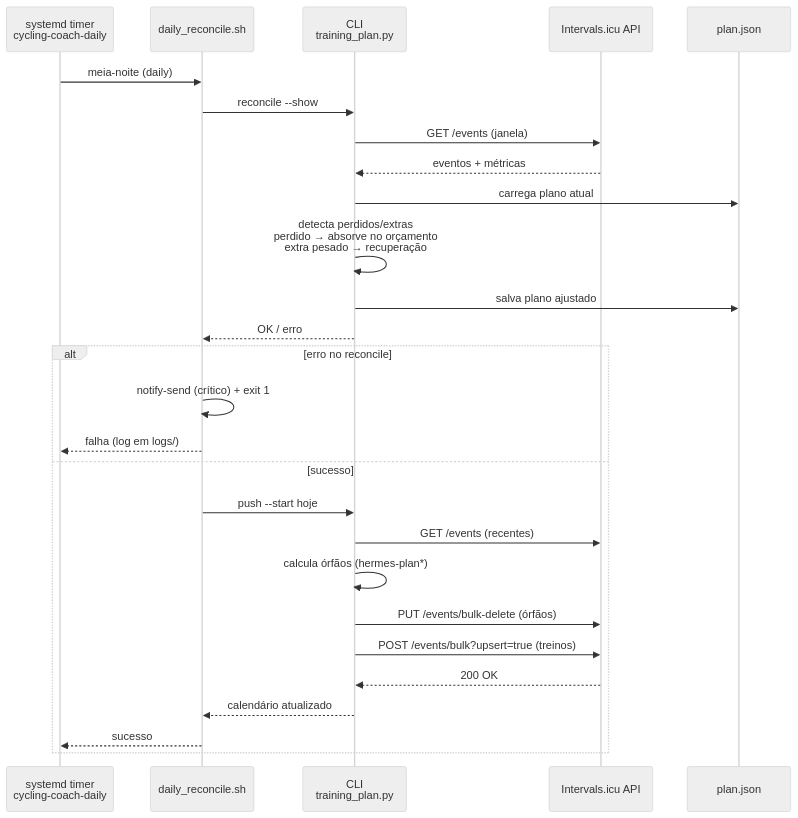
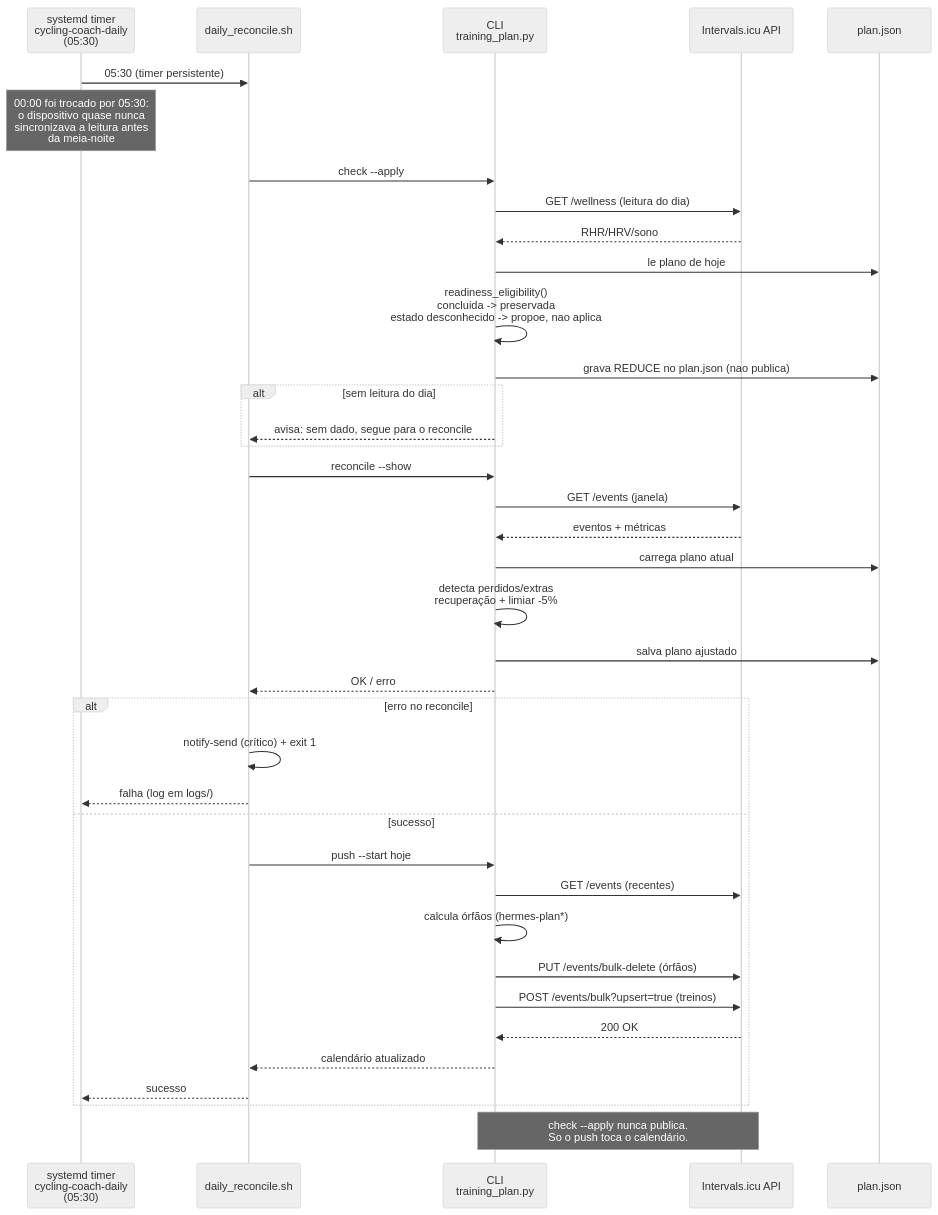
The second of 6 diagrams in docs/DIAGRAMAS.md (valdelin/Hermes-coach), drawn with Mermaid (neutral theme) before and after one commit. The commit also changed other lines of this file and 14 other files, not shown here.

````diff
--- a/docs/DIAGRAMAS.md
+++ b/docs/DIAGRAMAS.md
@@ -96,30 +103,41 @@
 ```mermaid
 sequenceDiagram
-    participant T as systemd timer<br/>cycling-coach-daily
+    participant T as systemd timer<br/>cycling-coach-daily<br/>(05:30)
     participant S as daily_reconcile.sh
     participant C as CLI<br/>training_plan.py
     participant I as Intervals.icu API
     participant P as plan.json
 
-    T->>S: meia-noite (daily)
+    T->>S: 05:30 (timer persistente)
+    Note over T: 00:00 foi trocado por 05:30:<br/>o dispositivo quase nunca<br/>sincronizava a leitura antes<br/>da meia-noite
+    S->>C: check --apply
+    C->>I: GET /wellness (leitura do dia)
+    I-->>C: RHR/HRV/sono
+    C->>P: le plano de hoje
+    C->>C: readiness_eligibility()<br/>concluida -> preservada<br/>estado desconhecido -> propoe, nao aplica
+    C->>P: grava REDUCE no plan.json (nao publica)
+    alt sem leitura do dia
+        C-->>S: avisa: sem dado, segue para o reconcile
+    end
     S->>C: reconcile --show
     C->>I: GET /events (janela)
     I-->>C: eventos + métricas
     C->>P: carrega plano atual
-    C->>C: detecta perdidos/extras<br/>perdido → absorve no orçamento<br/>extra pesado → recuperação
+    C->>C: detecta perdidos/extras<br/>recuperação + limiar -5%
     C->>P: salva plano ajustado
     C-->>S: OK / erro
     alt erro no reconcile
         S->>S: notify-send (crítico) + exit 1
         S-->>T: falha (log em logs/)
     else sucesso
         S->>C: push --start hoje
         C->>I: GET /events (recentes)
         C->>C: calcula órfãos (hermes-plan*)
         C->>I: PUT /events/bulk-delete (órfãos)
         C->>I: POST /events/bulk?upsert=true (treinos)
         I-->>C: 200 OK
         C-->>S: calendário atualizado
         S-->>T: sucesso
     end
+    Note over C,I: check --apply nunca publica.<br/>So o push toca o calendário.
 ```
````
